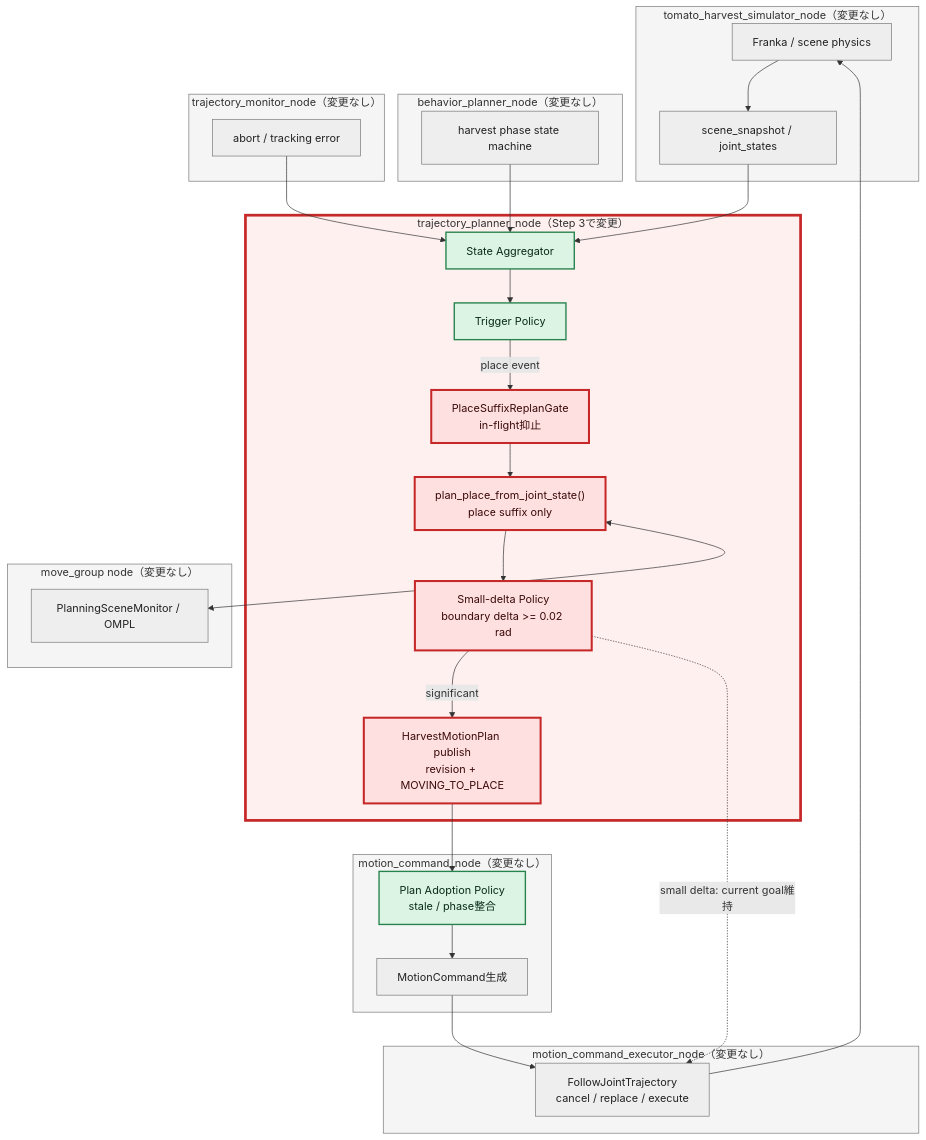
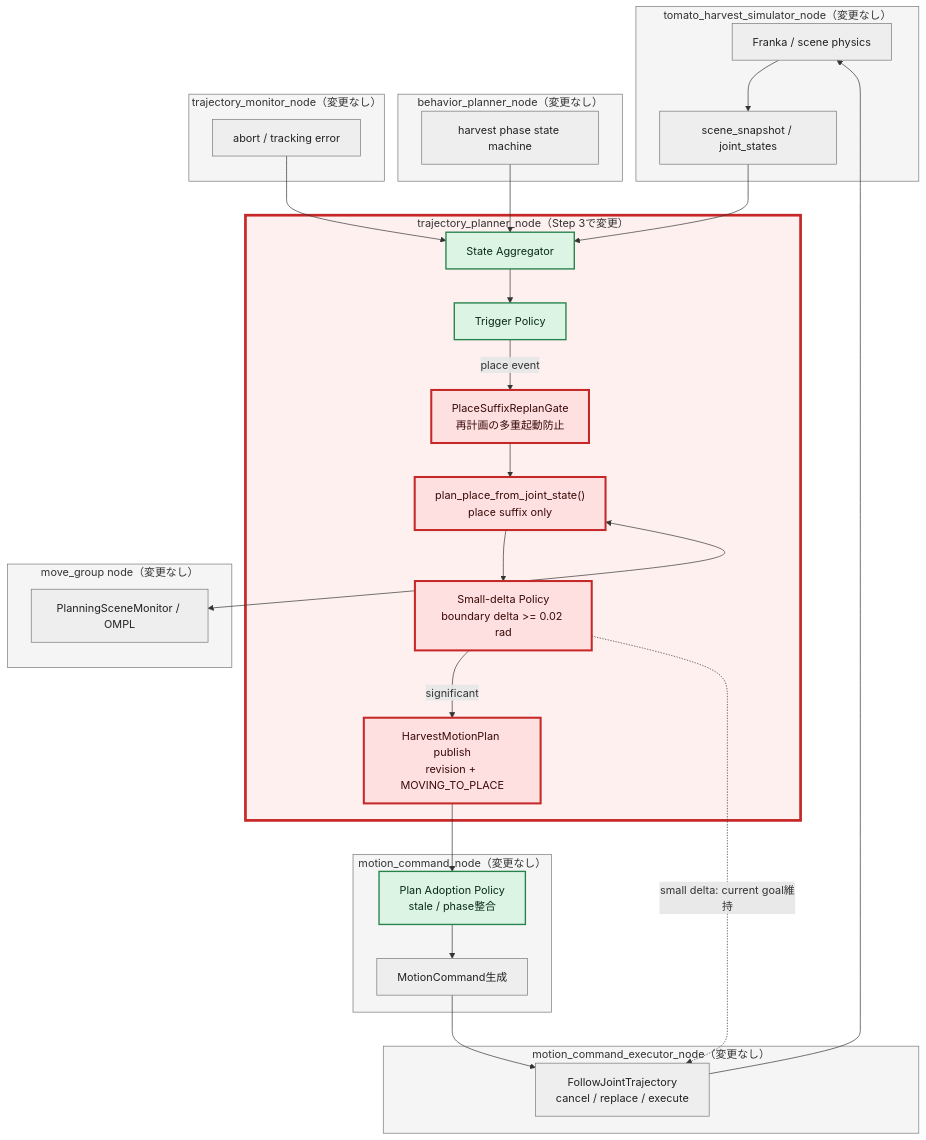
The first of 6 diagrams in docs/reports/moveit_replanning/step3_place_suffix_replan_report.md (akodama428/trial_issac_sim), drawn with Mermaid before and after one commit. The commit also changed other lines of this file, not shown here.

Commit message:
Explain Step 3 replan concurrency gate

````diff
--- a/docs/reports/moveit_replanning/step3_place_suffix_replan_report.md
+++ b/docs/reports/moveit_replanning/step3_place_suffix_replan_report.md
@@ -64,63 +106,63 @@
 ```mermaid
 flowchart TB
   subgraph SimNode["tomato_harvest_simulator_node（変更なし）"]
     Robot["Franka / scene physics"]
     SceneOut["scene_snapshot / joint_states"]
     Robot --> SceneOut
   end
 
   subgraph BehaviorNode["behavior_planner_node（変更なし）"]
     Phase["harvest phase state machine"]
   end
 
   subgraph MonitorNode["trajectory_monitor_node（変更なし）"]
     Tracking["abort / tracking error"]
   end
 
   subgraph PlannerNode["trajectory_planner_node（Step 3で変更）"]
     Agg["State Aggregator"]
     Trigger["Trigger Policy"]
-    Gate["PlaceSuffixReplanGate<br/>in-flight抑止"]
+    Gate["PlaceSuffixReplanGate<br/>再計画の多重起動防止"]
     Suffix["plan_place_from_joint_state()<br/>place suffix only"]
     Delta["Small-delta Policy<br/>boundary delta >= 0.02 rad"]
     Publish["HarvestMotionPlan publish<br/>revision + MOVING_TO_PLACE"]
     Agg --> Trigger -->|place event| Gate --> Suffix --> Delta
     Delta -->|significant| Publish
   end
 
   subgraph MoveGroupNode["move_group node（変更なし）"]
     MoveIt["PlanningSceneMonitor / OMPL"]
   end
 
   subgraph CommandNode["motion_command_node（変更なし）"]
     Adoption["Plan Adoption Policy<br/>stale / phase整合"]
     Command["MotionCommand生成"]
     Adoption --> Command
   end
 
   subgraph ExecutorNode["motion_command_executor_node（変更なし）"]
     Executor["FollowJointTrajectory<br/>cancel / replace / execute"]
   end
 
   SceneOut --> Agg
   Phase --> Agg
   Tracking --> Agg
   Suffix <--> MoveIt
   Publish --> Adoption
   Command --> Executor --> Robot
   Delta -. "small delta: current goal維持" .-> Executor
 
   classDef changed fill:#ffe0e0,stroke:#c62828,stroke-width:3px,color:#3a0a0a;
   classDef established fill:#dcf4e4,stroke:#25834b,stroke-width:2px,color:#092b17;
   classDef unchanged fill:#eeeeee,stroke:#777,color:#222;
   class Gate,Suffix,Delta,Publish changed;
   class Agg,Trigger,Adoption established;
   class Phase,Tracking,MoveIt,Command,Executor,Robot,SceneOut unchanged;
   style PlannerNode fill:#fff0f0,stroke:#c62828,stroke-width:4px;
   style SimNode fill:#f5f5f5,stroke:#777;
   style BehaviorNode fill:#f5f5f5,stroke:#777;
   style MonitorNode fill:#f5f5f5,stroke:#777;
   style MoveGroupNode fill:#f5f5f5,stroke:#777;
   style CommandNode fill:#f5f5f5,stroke:#777;
   style ExecutorNode fill:#f5f5f5,stroke:#777;
 ```
````
